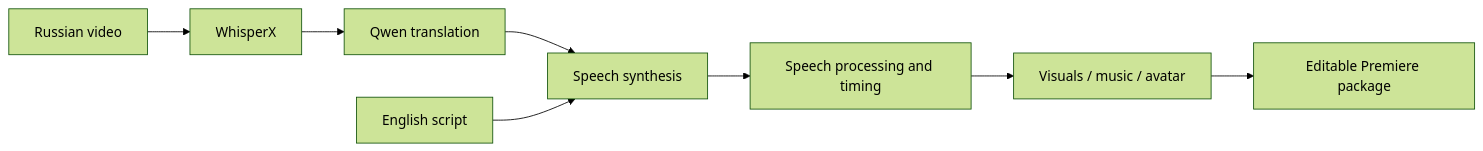
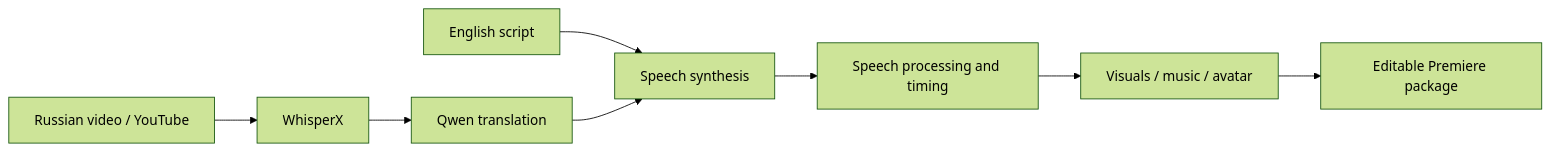
Before and after one commit to s7shvets7s/youtubegenesis: the diagram in README.md, drawn with Mermaid (forest theme). The commit also changed other lines of this file and 14 other files, not shown here.

First line of the commit message:
Localize the Web UI (English default, Russian toggle) and reframe the README

````diff
--- a/README.md
+++ b/README.md
@@ -26,10 +30,10 @@
 ```mermaid
 flowchart LR
-    A[Russian video] --> B[WhisperX]
+    S[English script] --> D[Speech synthesis]
+    A[Russian video / YouTube] --> B[WhisperX]
     B --> C[Qwen translation]
-    C --> D[Speech synthesis]
-    S[English script] --> D
+    C --> D
     D --> E[Speech processing and timing]
     E --> F[Visuals / music / avatar]
     F --> G[Editable Premiere package]
 ```
````
